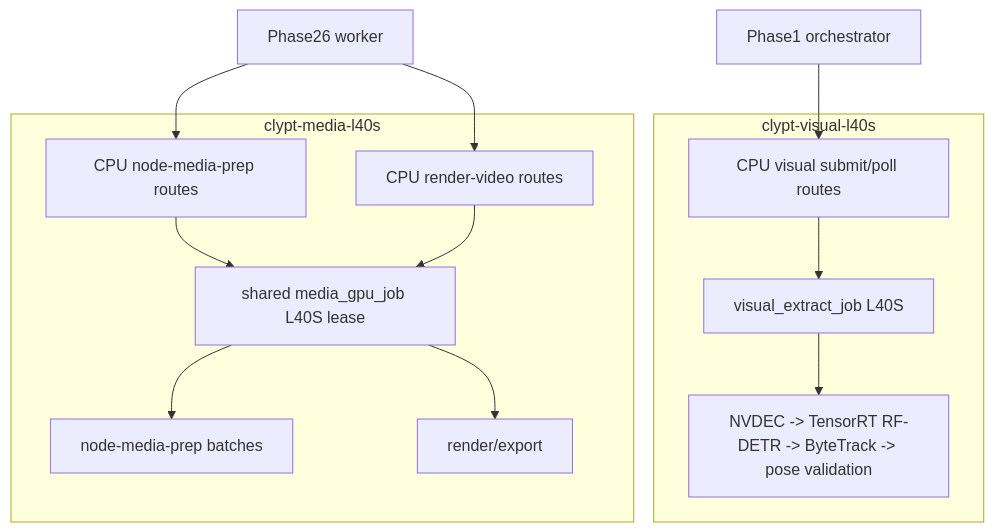
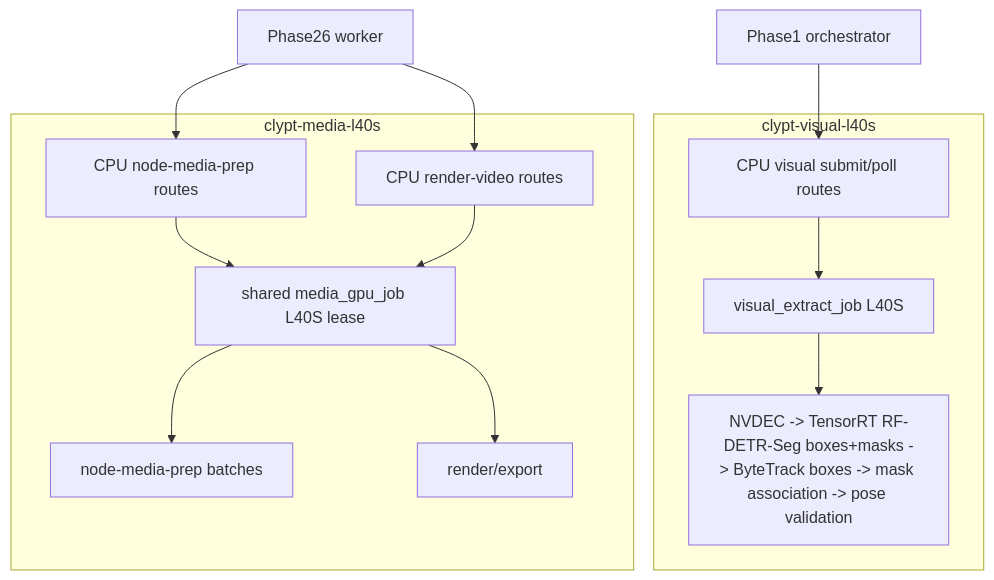
One commit to ClyptAI/Clypt-Backend changed the diagram in docs/deployment/MODAL_NODE_MEDIA_PREP_DEPLOY.md. Above: the diagram before and after it, drawn with Mermaid. The commit also changed other lines of this file and 29 other files, not shown here.

First line of the commit message:
Use RF-DETR-Seg Nano for Modal visual masks

````diff
--- a/docs/deployment/MODAL_NODE_MEDIA_PREP_DEPLOY.md
+++ b/docs/deployment/MODAL_NODE_MEDIA_PREP_DEPLOY.md
@@ -10,23 +10,23 @@
 ```mermaid
 flowchart TD
   phase1["Phase1 orchestrator"]
   phase26["Phase26 worker"]
 
   subgraph visual["clypt-visual-l40s"]
     visualApi["CPU visual submit/poll routes"]
     visualJob["visual_extract_job L40S"]
-    visualPath["NVDEC -> TensorRT RF-DETR -> ByteTrack -> pose validation"]
+    visualPath["NVDEC -> TensorRT RF-DETR-Seg boxes+masks -> ByteTrack boxes -> mask association -> pose validation"]
   end
 
   subgraph media["clypt-media-l40s"]
     prepApi["CPU node-media-prep routes"]
     renderApi["CPU render-video routes"]
     lease["shared media_gpu_job L40S lease"]
     prep["node-media-prep batches"]
     render["render/export"]
   end
 
   phase1 --> visualApi --> visualJob --> visualPath
   phase26 --> prepApi --> lease --> prep
   phase26 --> renderApi --> lease --> render
 ```
````
